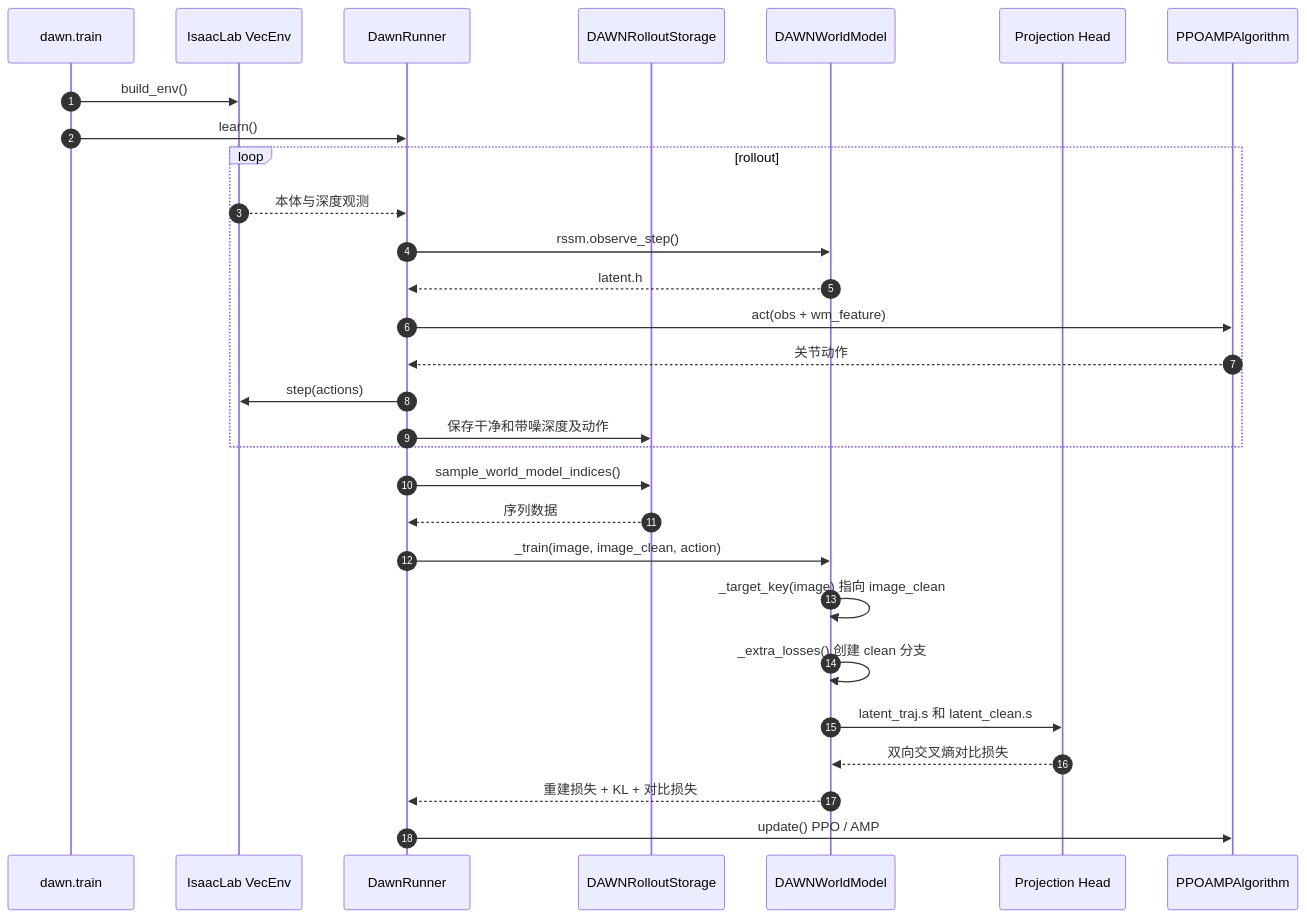
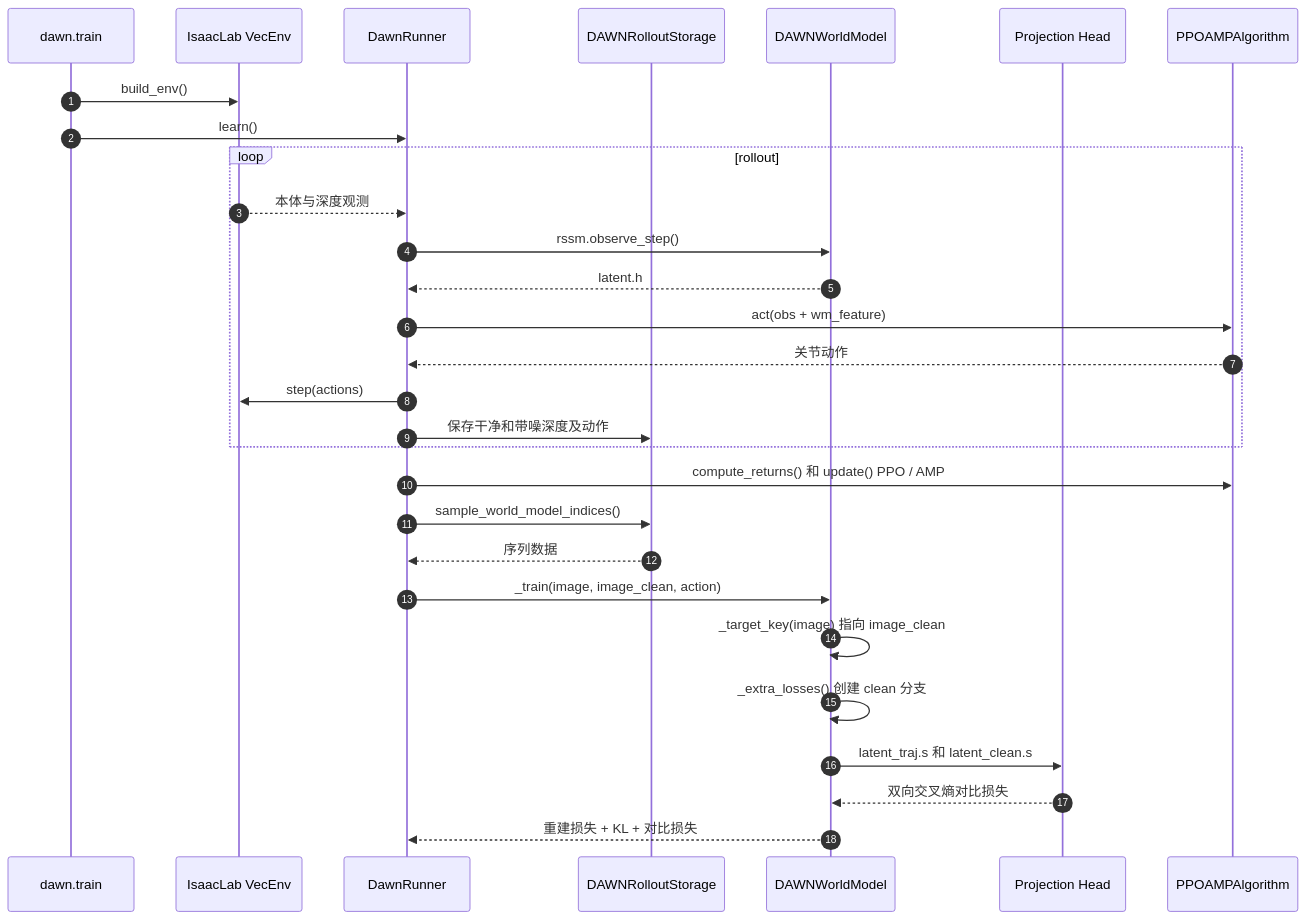
The second of 2 diagrams in wiki/entities/paper-dawn.md (ImChong/Robotics_Notebooks), drawn with Mermaid before and after one commit.

Commit message:
[2026-11-08] ingest | wiki/entities/paper-dawn.md — 修正 PPO 更新与世界模型训练时序

````diff
--- a/wiki/entities/paper-dawn.md
+++ b/wiki/entities/paper-dawn.md
@@ -94,31 +94,31 @@
 ```mermaid
 sequenceDiagram
   autonumber
   participant Entry as dawn.train
   participant Env as IsaacLab VecEnv
   participant Runner as DawnRunner
   participant Storage as DAWNRolloutStorage
   participant WM as DAWNWorldModel
   participant Head as Projection Head
   participant Alg as PPOAMPAlgorithm
   Entry->>Env: build_env()
   Entry->>Runner: learn()
   loop rollout
     Env-->>Runner: 本体与深度观测
     Runner->>WM: rssm.observe_step()
     WM-->>Runner: latent.h
     Runner->>Alg: act(obs + wm_feature)
     Alg-->>Runner: 关节动作
     Runner->>Env: step(actions)
     Runner->>Storage: 保存干净和带噪深度及动作
   end
+  Runner->>Alg: compute_returns() 和 update() PPO / AMP
   Runner->>Storage: sample_world_model_indices()
   Storage-->>Runner: 序列数据
   Runner->>WM: _train(image, image_clean, action)
   WM->>WM: _target_key(image) 指向 image_clean
   WM->>WM: _extra_losses() 创建 clean 分支
   WM->>Head: latent_traj.s 和 latent_clean.s
   Head-->>WM: 双向交叉熵对比损失
   WM-->>Runner: 重建损失 + KL + 对比损失
-  Runner->>Alg: update() PPO / AMP
 ```
````
